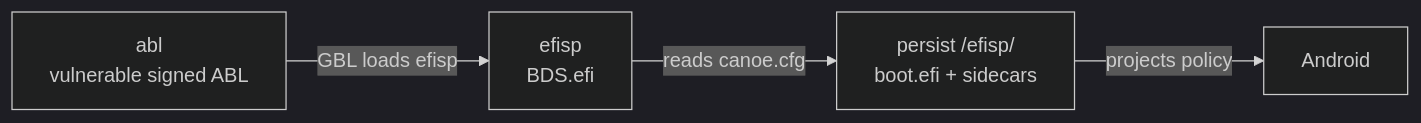
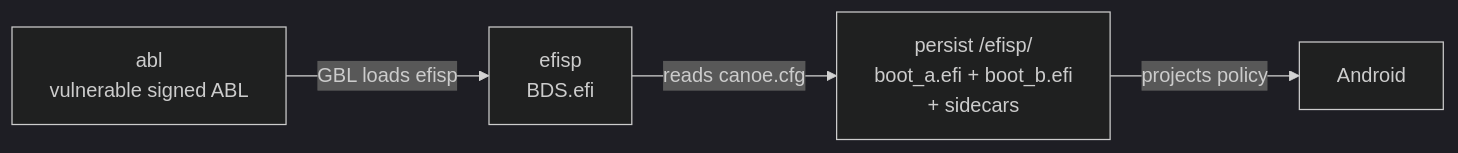
The diagram in README.md (1vivy/gbl_root_canoe), drawn with Mermaid (dark theme) before and after one commit. The commit also changed other lines of this file and 7 other files, not shown here.

Commit message:
docs: document b2 direct backends and slot flows

````diff
--- a/README.md
+++ b/README.md
@@ -14,10 +19,10 @@
 ```mermaid
 graph LR
   A["abl<br/>vulnerable signed ABL"]
   B["efisp<br/>BDS.efi"]
-  C["persist /efisp/<br/>boot.efi + sidecars"]
+  C["persist /efisp/<br/>boot_a.efi + boot_b.efi<br/>+ sidecars"]
   D["Android"]
   A -->|"GBL loads efisp"| B
   B -->|"reads canoe.cfg"| C
   C -->|"projects policy"| D
 ```
````
